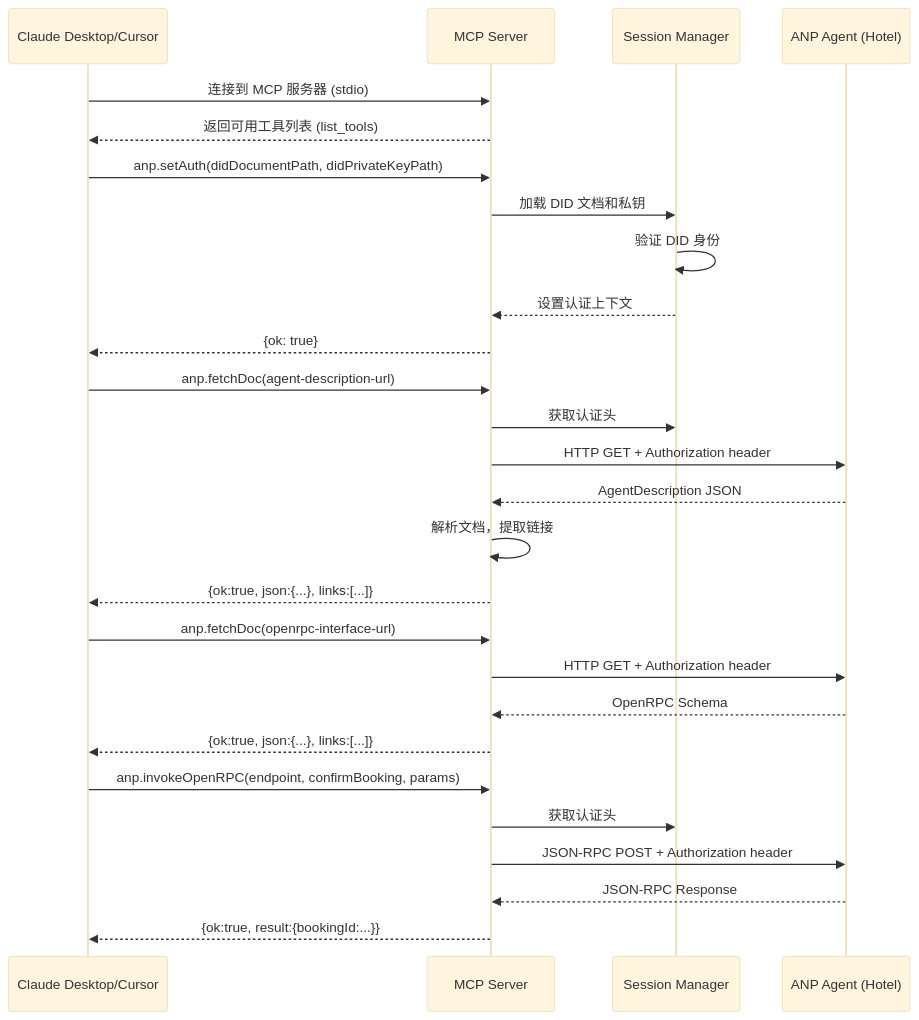
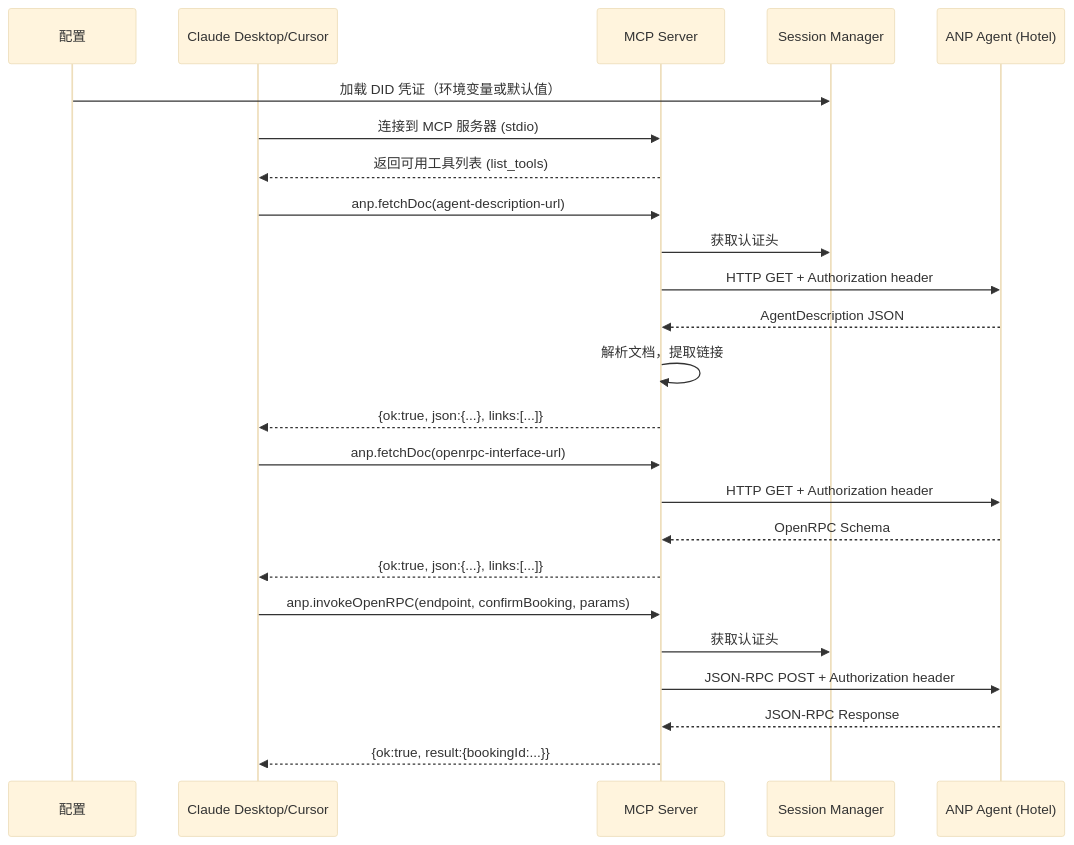
The diagram in spec.md (agent-network-protocol/mcp2anp), drawn with Mermaid (base theme) before and after one commit. The commit also changed other lines of this file and 13 other files, not shown here.

````diff
--- a/spec.md
+++ b/spec.md
@@ -82,34 +81,30 @@
 ```mermaid
 sequenceDiagram
+  participant Env as 配置
   participant App as Claude Desktop/Cursor
   participant MCP as MCP Server
   participant Session as Session Manager
   participant ANP as ANP Agent (Hotel)
 
+  Env->>Session: 加载 DID 凭证（环境变量或默认值）
   App->>MCP: 连接到 MCP 服务器 (stdio)
   MCP-->>App: 返回可用工具列表 (list_tools)
-
-  App->>MCP: anp.setAuth(didDocumentPath, didPrivateKeyPath)
-  MCP->>Session: 加载 DID 文档和私钥
-  Session->>Session: 验证 DID 身份
-  Session-->>MCP: 设置认证上下文
-  MCP-->>App: {ok: true}
 
   App->>MCP: anp.fetchDoc(agent-description-url)
   MCP->>Session: 获取认证头
   MCP->>ANP: HTTP GET + Authorization header
   ANP-->>MCP: AgentDescription JSON
   MCP->>MCP: 解析文档，提取链接
   MCP-->>App: {ok:true, json:{...}, links:[...]}
 
   App->>MCP: anp.fetchDoc(openrpc-interface-url)
   MCP->>ANP: HTTP GET + Authorization header
   ANP-->>MCP: OpenRPC Schema
   MCP-->>App: {ok:true, json:{...}, links:[...]}
 
   App->>MCP: anp.invokeOpenRPC(endpoint, confirmBooking, params)
   MCP->>Session: 获取认证头
   MCP->>ANP: JSON-RPC POST + Authorization header
   ANP-->>MCP: JSON-RPC Response
   MCP-->>App: {ok:true, result:{bookingId:...}}
 ```
````
